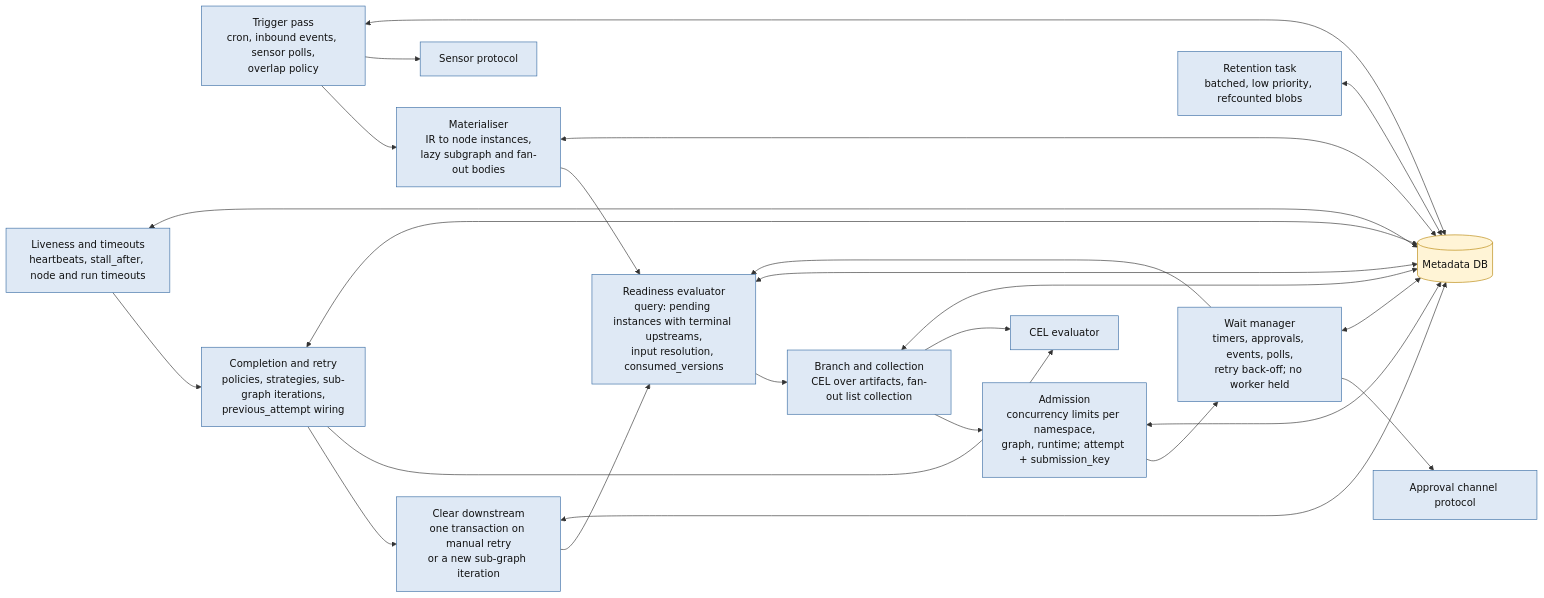
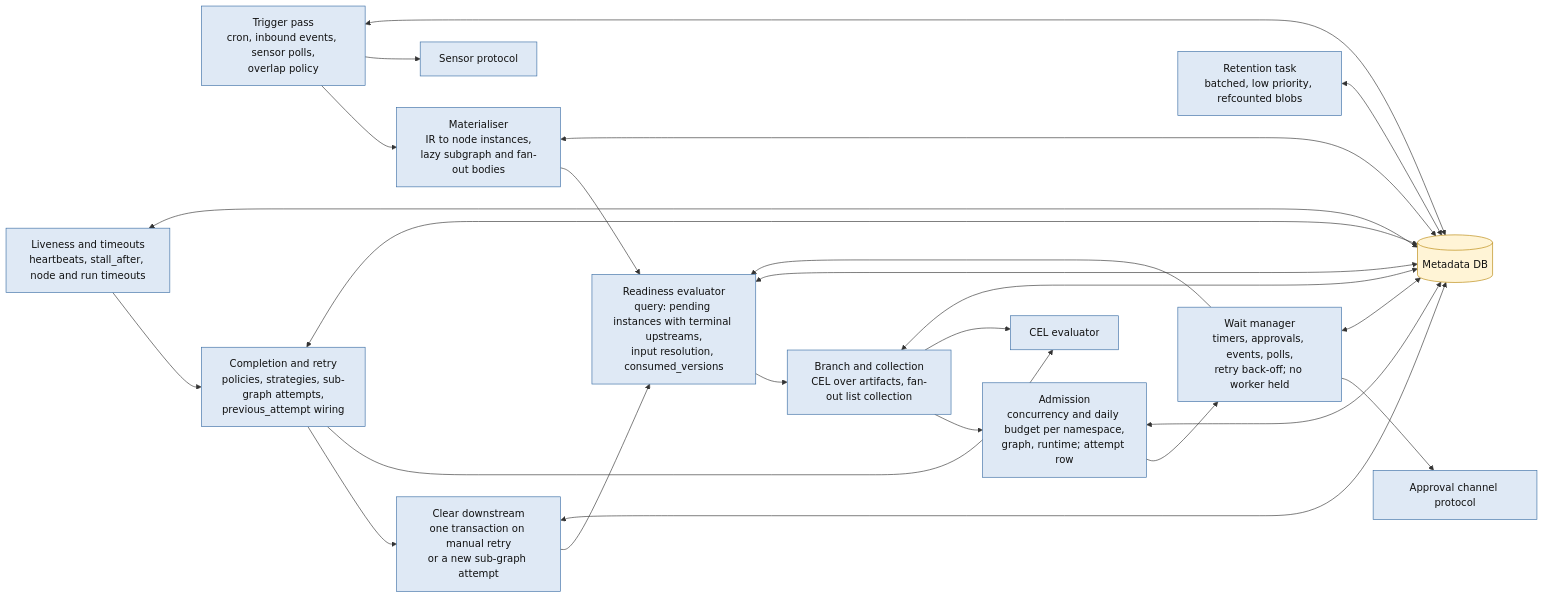
Before and after one commit to klukashka/kora: the third of 6 diagrams in docs/design/architecture.md, drawn with Mermaid. The commit also changed other lines of this file and 11 other files, not shown here.

````diff
--- a/docs/design/architecture.md
+++ b/docs/design/architecture.md
@@ -125,30 +125,30 @@
 ```mermaid
 flowchart LR
     classDef c fill:#dfe9f5,stroke:#3b6ea5,color:#111
     classDef store fill:#fff4d6,stroke:#b8860b,color:#111
 
     DB[(Metadata DB)]:::store
     T[Trigger pass<br/>cron, inbound events, sensor polls,<br/>overlap policy]:::c
     M[Materialiser<br/>IR to node instances,<br/>lazy subgraph and fan-out bodies]:::c
     R[Readiness evaluator<br/>query: pending instances with terminal upstreams,<br/>input resolution, consumed_versions]:::c
     B[Branch and collection<br/>CEL over artifacts, fan-out list collection]:::c
-    A[Admission<br/>concurrency limits per namespace,<br/>graph, runtime; attempt + submission_key]:::c
+    A[Admission<br/>concurrency and daily budget per namespace,<br/>graph, runtime; attempt row]:::c
     W[Wait manager<br/>timers, approvals, events, polls,<br/>retry back-off; no worker held]:::c
     L[Liveness and timeouts<br/>heartbeats, stall_after, node and run timeouts]:::c
-    C[Completion and retry<br/>policies, strategies, sub-graph iterations,<br/>previous_attempt wiring]:::c
-    I[Clear downstream<br/>one transaction on manual retry<br/>or a new sub-graph iteration]:::c
+    C[Completion and retry<br/>policies, strategies, sub-graph attempts,<br/>previous_attempt wiring]:::c
+    I[Clear downstream<br/>one transaction on manual retry<br/>or a new sub-graph attempt]:::c
     RET[Retention task<br/>batched, low priority, refcounted blobs]:::c
     CEL[CEL evaluator]:::c
     SEN[Sensor protocol]:::c
     APR[Approval channel protocol]:::c
 
     T --> M --> R --> B --> A
     A --> W
     W --> R
     L --> C --> I --> R
     T --> SEN
     W --> APR
     B --> CEL
     C --> CEL
     T & M & R & B & A & W & L & C & I & RET <--> DB
 ```
````
